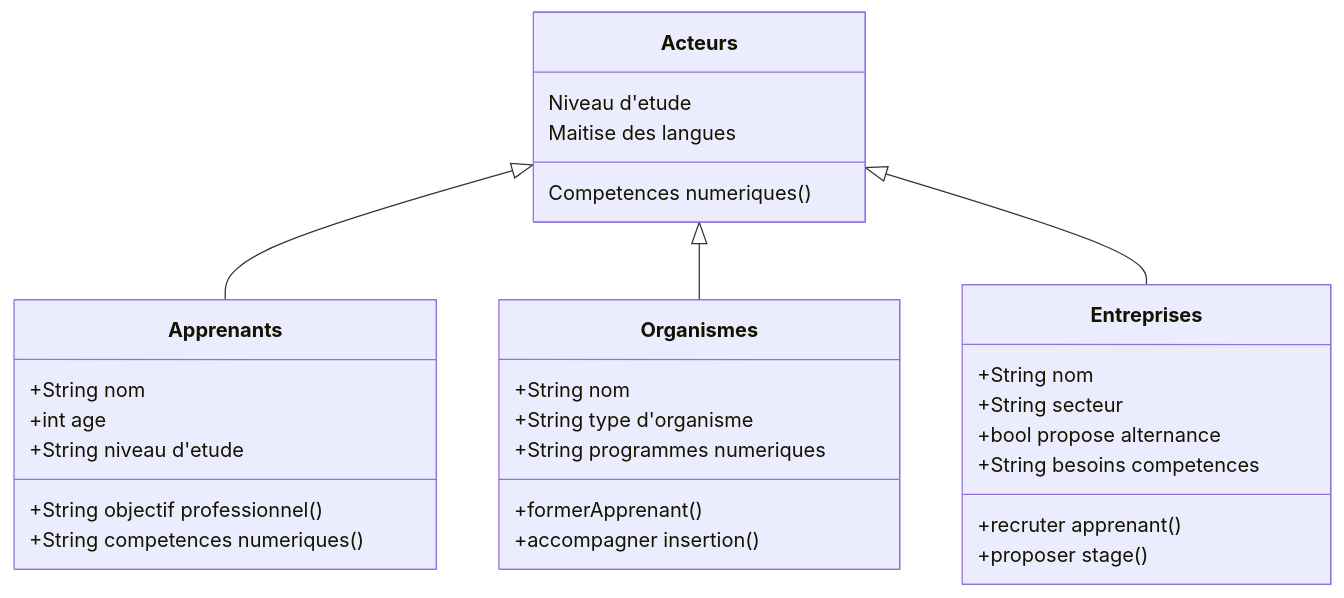
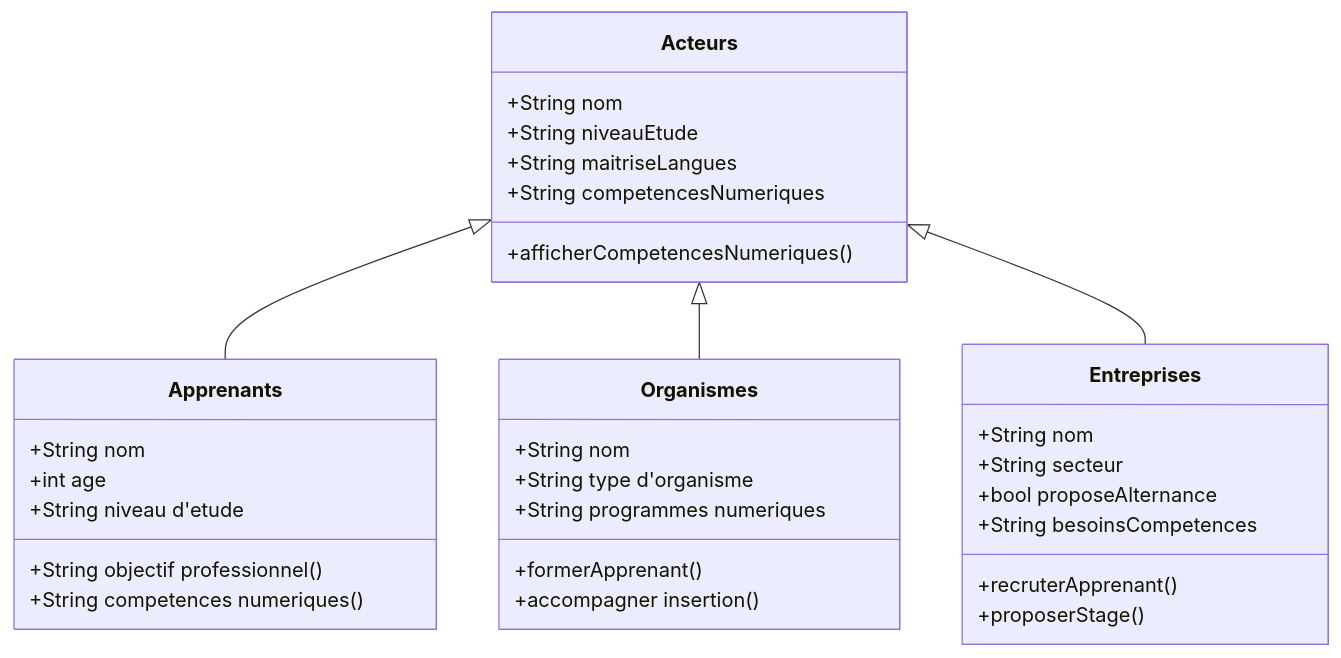
One commit to bouzidifatimazohra00-ux/inclusion-numerique-93 changed the diagram in acteursBMelissa-bit.md. Above: the diagram before and after it, drawn with Mermaid.

````diff
--- a/acteursBMelissa-bit.md
+++ b/acteursBMelissa-bit.md
@@ -1,32 +1,36 @@
 ```mermaid
 classDiagram
-    Acteurs <|-- Apprenants 
+    Acteurs <|-- Apprenants
     Acteurs <|-- Organismes
     Acteurs <|-- Entreprises
-    Acteurs: Niveau d'etude 
-    Acteurs: Maitise des langues
-    Acteurs: Competences numeriques()
-    Acteurs: 
+
+    class Acteurs {
+        +String nom
+        +String niveauEtude
+        +String maitriseLangues
+        +String competencesNumeriques
+        +afficherCompetencesNumeriques()
+    }
     class Apprenants{
        +String nom
     +int age
     +String niveau d'etude 
     +String objectif professionnel ()
     +String competences numeriques ()
     }
     class Organismes{
       +String nom
     +String type d'organisme
     +String programmes numeriques
     +formerApprenant()
     +accompagner insertion()
     }
-    class Entreprises{
-      +String nom
+    class Entreprises {
+    +String nom
     +String secteur
-    +bool propose alternance
-    +String besoins competences
-    +recruter apprenant()
-    +proposer stage()
-    }
+    +bool proposeAlternance
+    +String besoinsCompetences
+    +recruterApprenant()
+    +proposerStage()
+}
 ```
````
